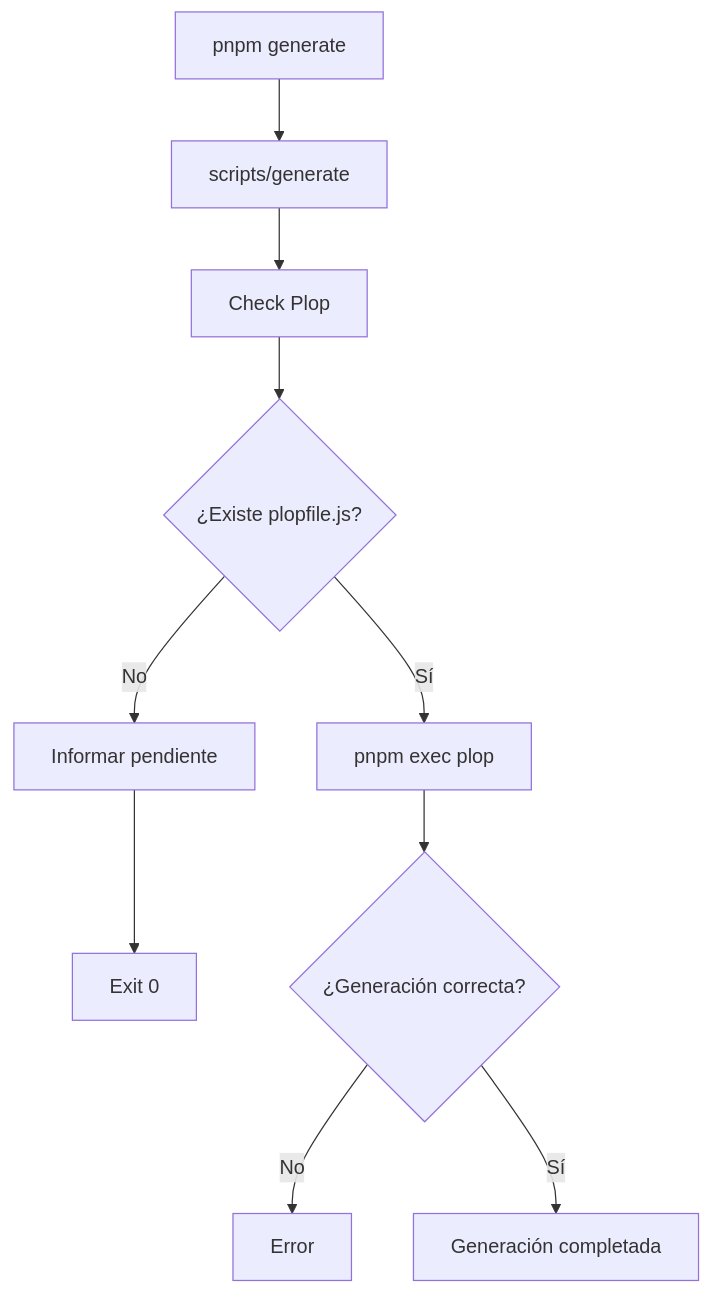
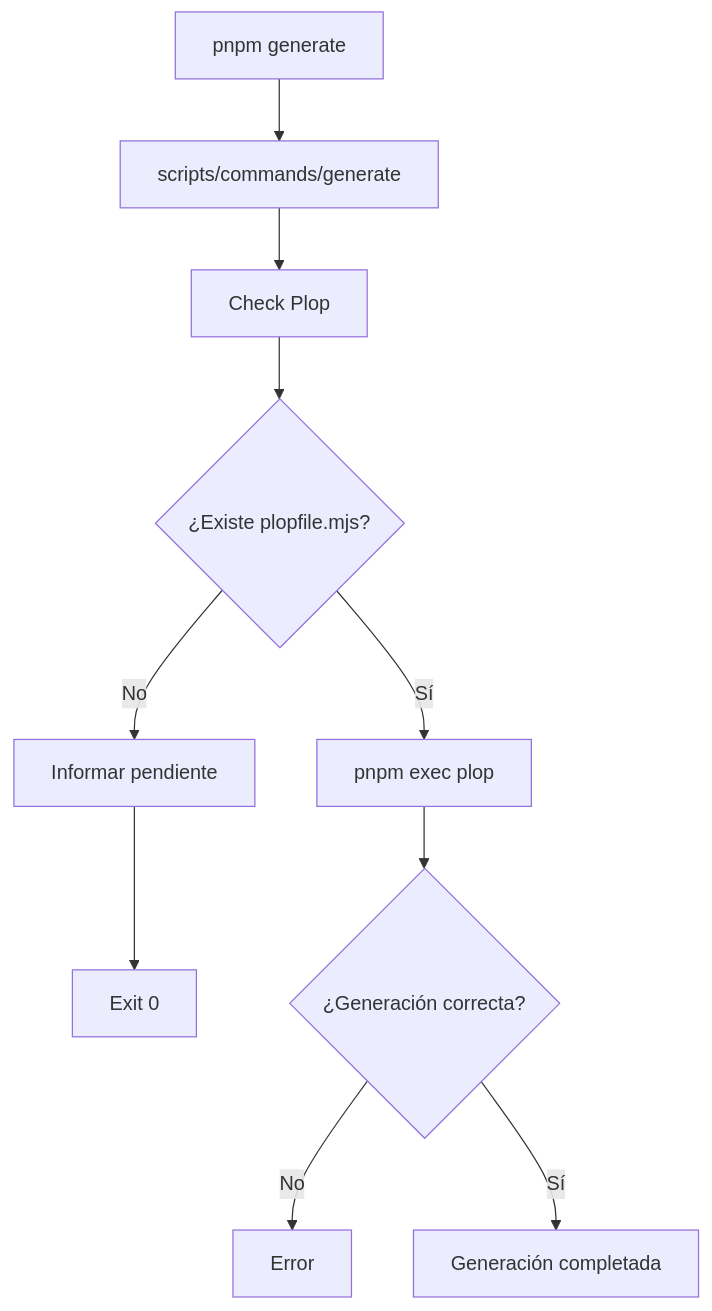
Diagram 12 of 16 in docs/developer/EE-IMP-006-P07_Root_Script_Suite_Automation.md (EQ-LABS-TECH/ee-monorepo), drawn with Mermaid before and after one commit. The commit also changed other lines of this file and 14 other files, not shown here.

````diff
--- a/docs/developer/EE-IMP-006-P07_Root_Script_Suite_Automation.md
+++ b/docs/developer/EE-IMP-006-P07_Root_Script_Suite_Automation.md
@@ -670,12 +661,12 @@
 ```mermaid
 flowchart TD
-    A["pnpm generate"] --> B["scripts/generate"]
-    B --> C["Check Plop"]
-    C --> D{"¿Existe plopfile.js?"}
-    D -->|No| E["Informar pendiente"]
-    E --> F["Exit 0"]
-    D -->|Sí| G["pnpm exec plop"]
-    G --> H{"¿Generación correcta?"}
-    H -->|No| I["Error"]
-    H -->|Sí| J["Generación completada"]
+ A["pnpm generate"] --> B["scripts/commands/generate"]
+ B --> C["Check Plop"]
+ C --> D{"¿Existe plopfile.mjs?"}
+ D -->|No| E["Informar pendiente"]
+ E --> F["Exit 0"]
+ D -->|Sí| G["pnpm exec plop"]
+ G --> H{"¿Generación correcta?"}
+ H -->|No| I["Error"]
+ H -->|Sí| J["Generación completada"]
 ```
````
